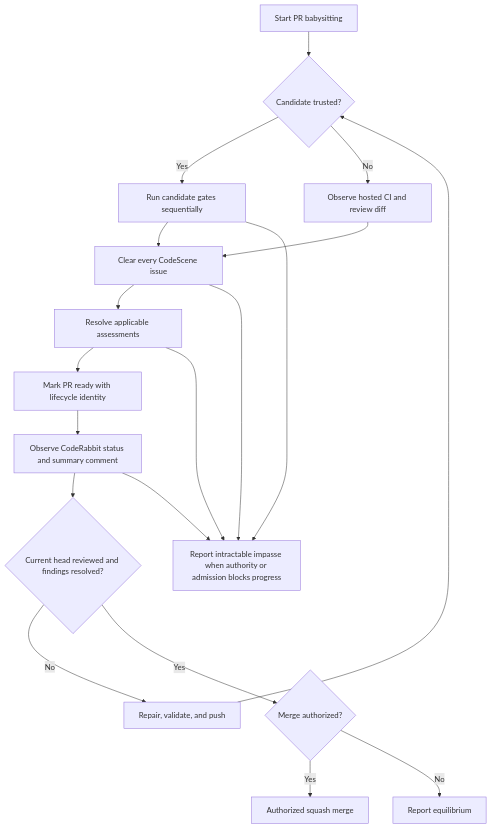
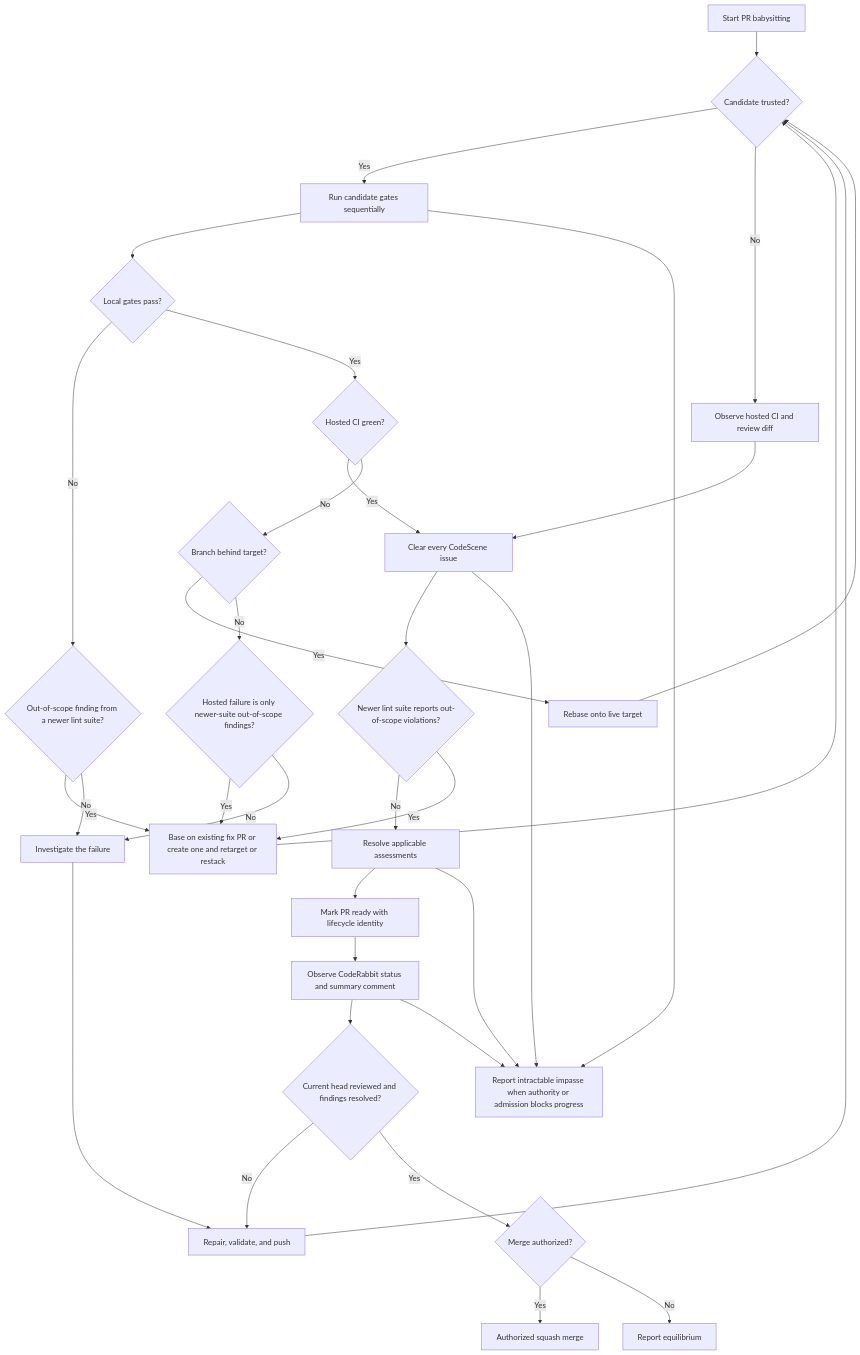
One commit to leynos/agent-helper-scripts changed the third of 6 diagrams in docs/users-guide.md. Above: the diagram before and after it, drawn with Mermaid. The commit also changed other lines of this file and 8 other files, not shown here.

First line of the commit message:
Handle stale bases and newer lint suites in pr-babysitting (#282)

````diff
--- a/docs/users-guide.md
+++ b/docs/users-guide.md
@@ -792,37 +792,63 @@
 ```mermaid
 flowchart TD
     accTitle: PR babysitting path to equilibrium, merge, or impasse
     accDescr {
         PR babysitting starts with the candidate trust decision. A trusted
         candidate has its gates run sequentially on the host; an untrusted
-        one is checked by observing hosted CI and reviewing the diff. The
-        agent then clears every CodeScene issue, resolves applicable assessments,
-        and marks the PR ready with the lifecycle identity. It then observes
-        CodeRabbit's commit status and summary comment. If the current head
-        has not been reviewed or its findings are unresolved, the agent
-        repairs, validates, and pushes, and the new head returns to the
-        trust decision. Once the current head is reviewed and its findings
+        one is checked by observing hosted CI and reviewing the diff. A
+        failing local gate that reports only a newer lint suite's
+        out-of-scope findings is prerequisite work; any other failing local
+        gate is investigated and repaired before readiness. A
+        red hosted check whose local gates pass on a branch behind its target
+        is rebased onto the target and returns to the trust decision, so the
+        rebased candidate has its gates rerun before hosted CI is observed
+        again. Any other red hosted check is investigated and repaired unless
+        it reports only a newer lint suite's out-of-scope findings, which are
+        prerequisite work. A
+        newer lint suite's out-of-scope violations move into a prerequisite
+        fix PR, and the changed candidate also returns to the trust decision.
+        The agent then clears every CodeScene issue, resolves applicable
+        assessments, and marks the PR ready with the lifecycle identity. It then
+        observes CodeRabbit's commit status and summary comment. If the
+        current head has not been reviewed or its findings are unresolved,
+        the agent repairs, validates, and pushes, and the new head returns to
+        the trust decision. Once the current head is reviewed and its findings
         are resolved, an authorized merge leads to a squash merge; otherwise
         the agent reports equilibrium. The gate, CodeScene, assessment, and
         review-observation stages can each end in a report of intractable
         impasse when authority or build admission blocks progress.
     }
     A[Start PR babysitting] --> T{Candidate trusted?}
     T -->|Yes| B[Run candidate gates sequentially]
     T -->|No| N[Observe hosted CI and review diff]
-    B --> C[Clear every CodeScene issue]
+    B --> Q{Local gates pass?}
+    Q -->|No| W{Out-of-scope finding from a newer lint suite?}
+    Q -->|Yes| S{Hosted CI green?}
+    S -->|Yes| C[Clear every CodeScene issue]
+    S -->|No| P{Branch behind target?}
+    P -->|Yes| R[Rebase onto live target]
+    P -->|No| Y{Hosted failure is only newer-suite out-of-scope findings?}
+    R --> T
+    W -->|Yes| V[Base on existing fix PR or create one and retarget or restack]
+    W -->|No| X[Investigate the failure]
+    Y -->|Yes| V
+    Y -->|No| X
+    X --> H[Repair, validate, and push]
     N --> C
-    C --> D[Resolve applicable assessments]
+    C --> U{Newer lint suite reports out-of-scope violations?}
+    U -->|No| D[Resolve applicable assessments]
+    U -->|Yes| V
+    V --> T
     D --> E[Mark PR ready with lifecycle identity]
     E --> F[Observe CodeRabbit status and summary comment]
     F --> G{Current head reviewed and findings resolved?}
-    G -->|No| H[Repair, validate, and push]
+    G -->|No| H
     H --> T
     G -->|Yes| I{Merge authorized?}
     I -->|Yes| J[Authorized squash merge]
     I -->|No| K[Report equilibrium]
     B --> L[Report intractable impasse when authority or admission blocks progress]
     C --> L
     D --> L
     F --> L
 ```
````
